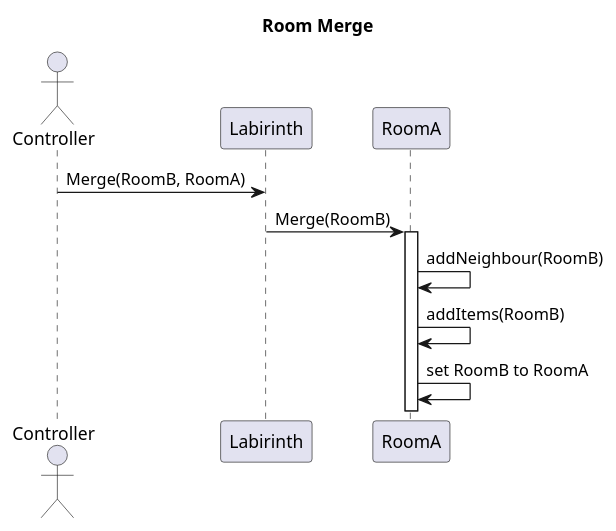
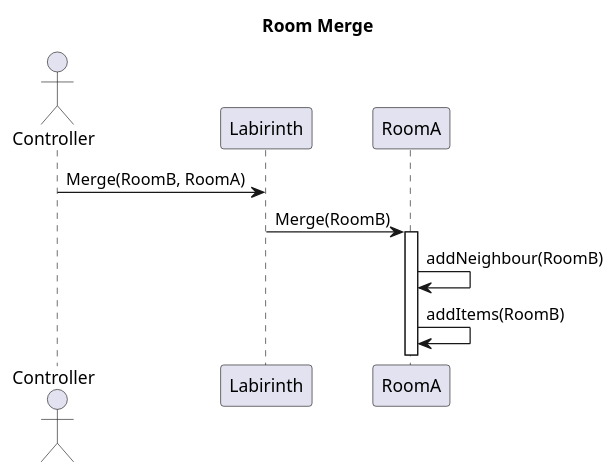
Before and after one commit to MBakter/echo: the diagram in docs/room_merge.plantuml, drawn with PlantUML.

Commit message:
set is removed

```diff
--- a/docs/room_merge.plantuml
+++ b/docs/room_merge.plantuml
@@ -1,13 +1,12 @@
 @startuml
 title Room Merge
 
 actor Controller
  
     Controller -> Labirinth  : Merge(RoomB, RoomA) 
     Labirinth -> RoomA : Merge(RoomB) 
     activate RoomA
         RoomA -> RoomA : addNeighbour(RoomB)
         RoomA -> RoomA : addItems(RoomB)
-        RoomA -> RoomA : set RoomB to RoomA
     /' deactivate RoomA '/
 @enduml
```
